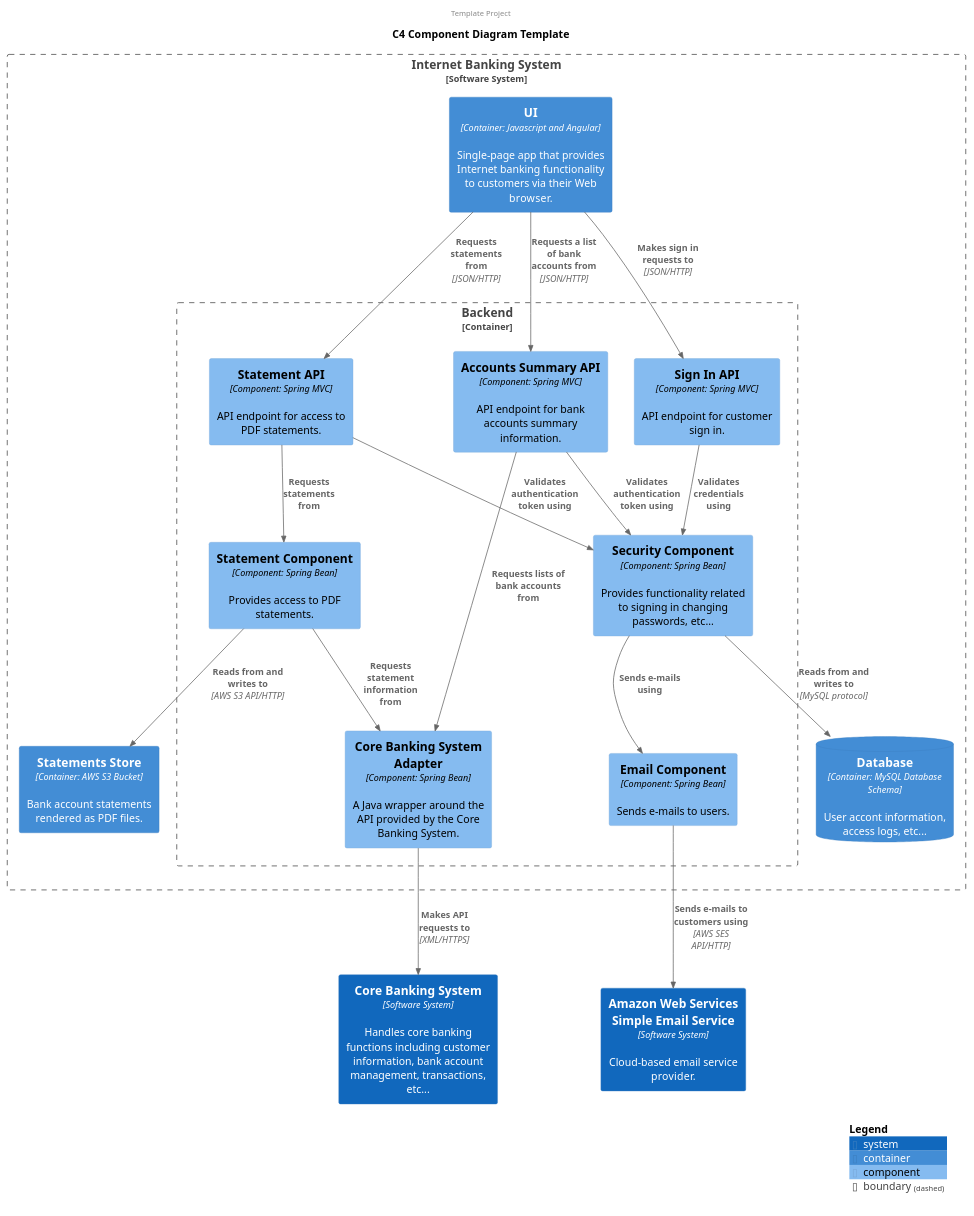
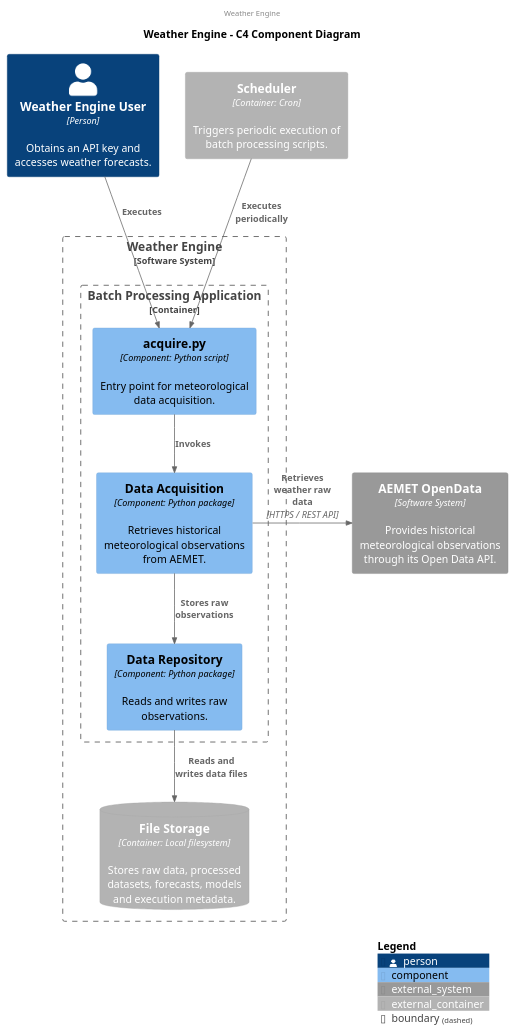
The diagram in docs/uml/c4-component.puml (AlbertoMartinezMunoz/weather-engine), drawn with PlantUML before and after one commit.

Commit message:
docs(uml): c4 component diagram

```diff
--- a/docs/uml/c4-component.puml
+++ b/docs/uml/c4-component.puml
@@ -1,62 +1,48 @@
 @startuml
 !include <C4/C4_Component>
 
 skinparam maxMessageSize 100
 
 AddRelTag("invisible", $textColor="transparent", $lineColor="transparent", $lineStyle = DashedLine())
 
-header Template Project
-title C4 Component Diagram Template
+header Weather Engine
+title Weather Engine - C4 Component Diagram
 
 '----------------------------------------------------------------
 'Actors
 '----------------------------------------------------------------
+Person(user, "Weather Engine User", "Obtains an API key and accesses weather forecasts.",$type="Person")
 
 '----------------------------------------------------------------
 'Components
 '----------------------------------------------------------------
-Boundary(internet, "Internet Banking System", $type="Software System") {
-    Container(ui, "UI", "Container: Javascript and Angular", "Single-page app that provides Internet banking functionality to customers via their Web browser.")
-    Boundary(backend, "Backend", $type="Container") {
-        Component(statementsapi, "Statement API", "Component: Spring MVC", "API endpoint for access to PDF statements.")
-        Component(signinapi, "Sign In API", "Component: Spring MVC", "API endpoint for customer sign in.")
-        Component(accountsapi, "Accounts Summary API", "Component: Spring MVC", "API endpoint for bank accounts summary information.")
-        Component(statementscomponent, "Statement Component", "Component: Spring Bean", "Provides access to PDF statements.")
-        Component(email, "Email Component", "Component: Spring Bean", "Sends e-mails to users.")
-        Component(coreadapter, "Core Banking System Adapter", "Component: Spring Bean", "A Java wrapper around the API provided by the Core Banking System.")
-        Component(security, "Security Component", "Component: Spring Bean", "Provides functionality related to signing in changing passwords, etc...")
+Boundary(weatherEngine, "Weather Engine", $type="Software System") {
+    Boundary(batchApp, "Batch Processing Application", $type="Container") {
+        Component(acquireScript, "acquire.py", "Component: Python script", "Entry point for meteorological data acquisition.")
+        Component(acquisition, "Data Acquisition", "Component: Python package", "Retrieves historical meteorological observations from AEMET.")
+        Component(dataRepository, "Data Repository", "Component: Python package", "Reads and writes raw observations.")
     }
-    ContainerDb(database, "Database", "Container: MySQL Database Schema", "User accont information, access logs, etc...")
-    Container(statements, "Statements Store", "Container: AWS S3 Bucket", "Bank account statements rendered as PDF files.")
+    ContainerDb_Ext(fileStorage, "File Storage", "Container: Local filesystem", "Stores raw data, processed datasets, forecasts, models and execution metadata.")
 }
-System(aws, "Amazon Web Services Simple Email Service", "Cloud-based email service provider.", $type="Software System")
-System(core, "Core Banking System", "Handles core banking functions including customer information, bank account management, transactions, etc...", $type="Software System")
+
+System_Ext(aemet, "AEMET OpenData", "Provides historical meteorological observations through its Open Data API.", $type="Software System")
+Container_Ext(cron, "Scheduler", "Container: Cron", "Triggers periodic execution of batch processing scripts.")
 
 '----------------------------------------------------------------
 'Relations
 '----------------------------------------------------------------
-Rel_D(ui, statementsapi, "Requests statements from","JSON/HTTP")
-Rel_D(ui, signinapi, "Makes sign in requests to","JSON/HTTP")
-Rel_D(ui, accountsapi, "Requests a list of bank accounts from","JSON/HTTP")
-Rel(statementsapi, statementscomponent, "Requests statements from")
-Rel(statementsapi, security, "Validates authentication token using")
-Rel(signinapi, security, "Validates credentials using")
-Rel(accountsapi, security, "Validates authentication token using")
-Rel(security, email, "Sends e-mails using")
-Rel(email, aws, "Sends e-mails to customers using", "AWS SES API/HTTP")
-Rel(accountsapi, coreadapter, "Requests lists of bank accounts from")
-Rel(coreadapter, core, "Makes API requests to", "XML/HTTPS")
-Rel(statementscomponent, coreadapter, "Requests statement information from")
-Rel(statementscomponent, statements, "Reads from and writes to","AWS S3 API/HTTP")
-Rel_D(security, database, "Reads from and writes to","MySQL protocol")
-
+Rel(cron, acquireScript, "Executes periodically")
+Rel(user, acquireScript, "Executes")
+Rel(acquireScript, acquisition, "Invokes")
+Rel_R(acquisition, aemet, "Retrieves weather raw data", "HTTPS / REST API")
+Rel(acquisition, dataRepository, "Stores raw observations")
+Rel(dataRepository, fileStorage, "Reads and writes data files")
 
 '----------------------------------------------------------------
 'Layout
 '----------------------------------------------------------------
-Rel_L(accountsapi, statementsapi, "This rel is just to compose the layout", $tags="invisible")
-Rel_L(backend, statements, "This rel is just to compose the layout", $tags="invisible")
+'Rel_L(xxx, xxx, "This rel is just to compose the layout", $tags="invisible")
 
 SHOW_LEGEND()
 
 @enduml
```
